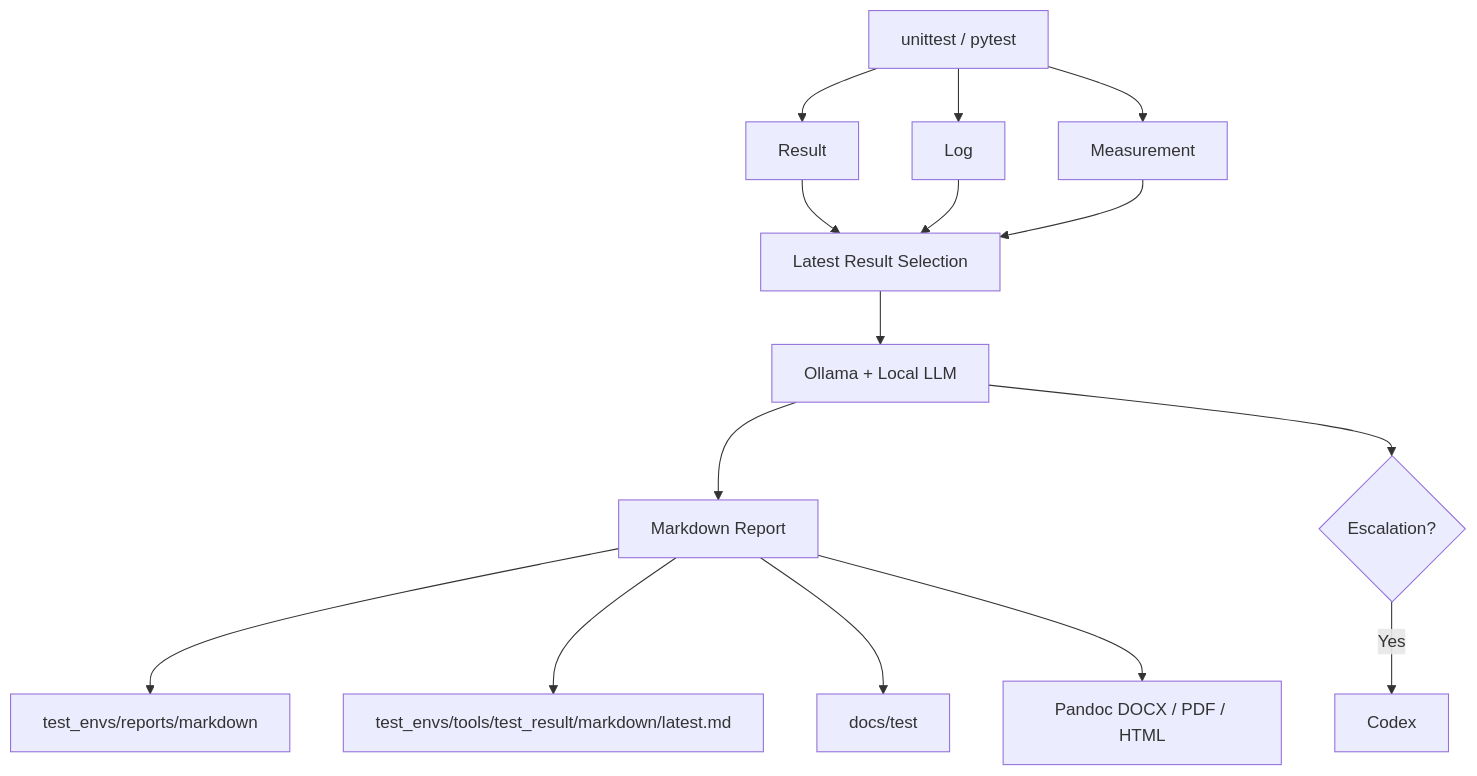
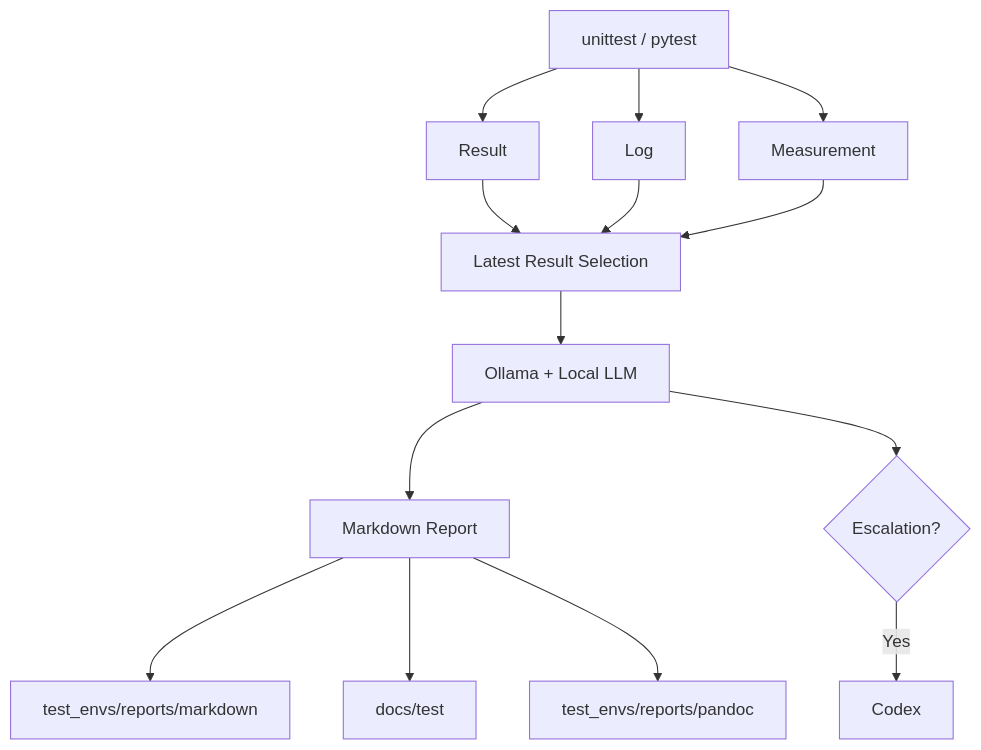
One commit to JeonghunLee/AI-driven-CI-CT changed the fifth of 5 diagrams in docs/index.md. Above: the diagram before and after it, drawn with Mermaid. The commit also changed other lines of this file and 39 other files, not shown here.

````diff
--- a/docs/index.md
+++ b/docs/index.md
@@ -264,17 +266,16 @@
 ```mermaid
 flowchart TD
     A[unittest / pytest] --> B[Result]
     A --> C[Log]
     A --> D[Measurement]
     B --> E[Latest Result Selection]
     C --> E
     D --> E
     E --> F[Ollama + Local LLM]
     F --> G[Markdown Report]
     G --> H[test_envs/reports/markdown]
-    G --> I[test_envs/tools/test_result/markdown/latest.md]
     G --> J[docs/test]
-    G --> K[Pandoc DOCX / PDF / HTML]
+    G --> K[test_envs/reports/pandoc]
     F --> L{Escalation?}
     L -- Yes --> M[Codex]
 ```
````
